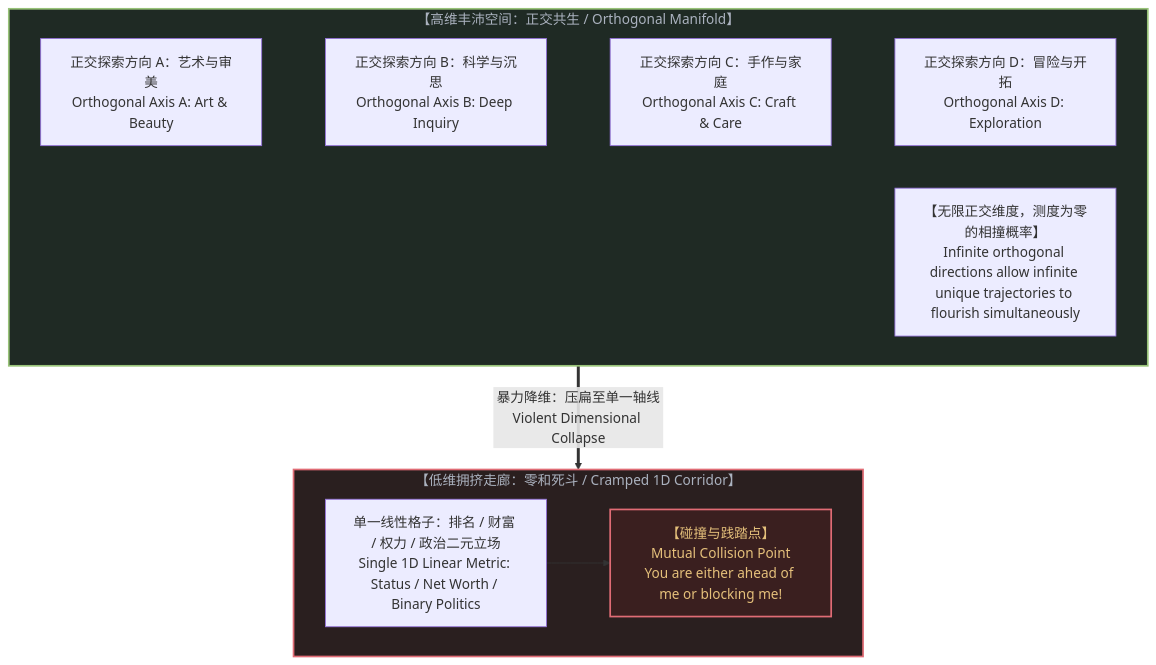
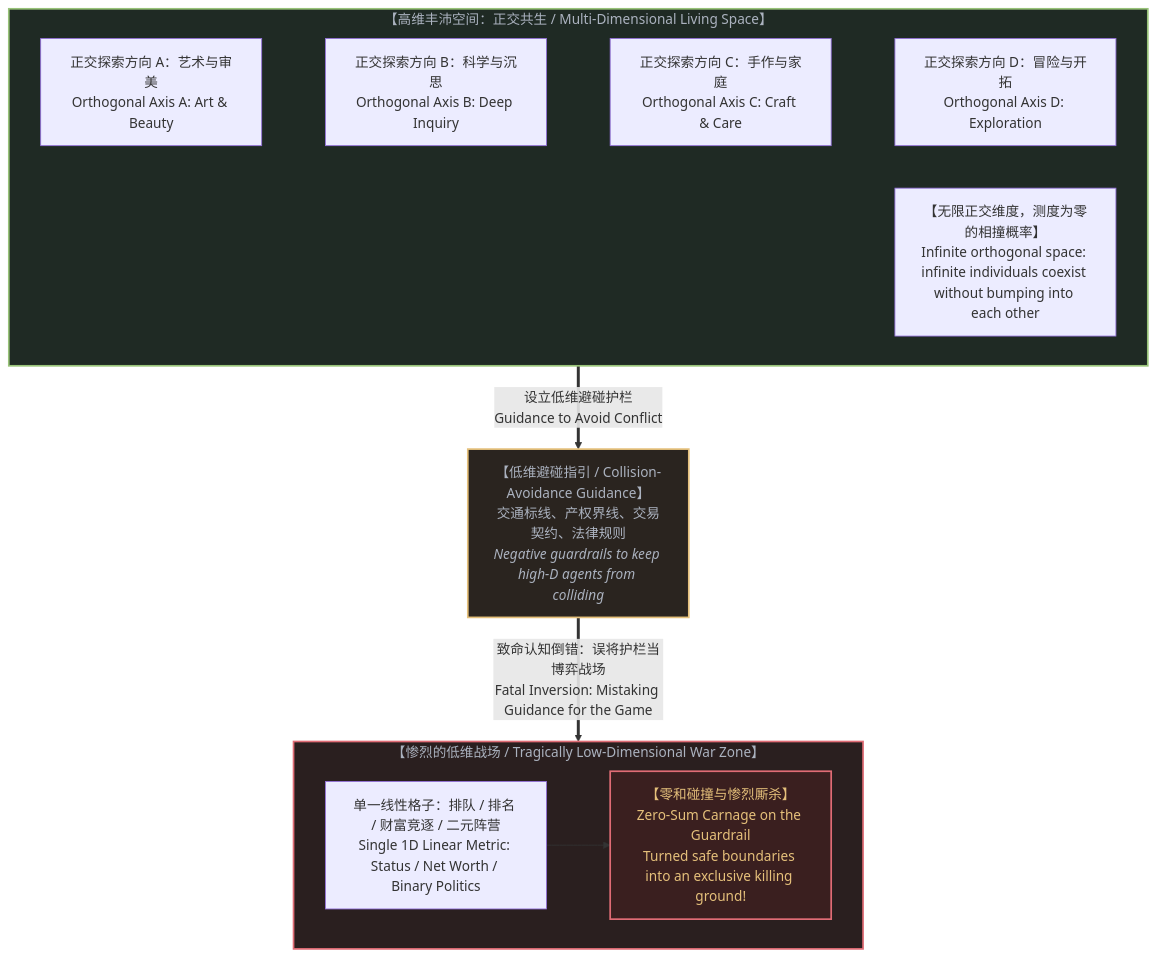
One commit to powerpig99/not-a-toe changed the third of 5 diagrams in content/posts/the-shadow-and-the-infinite.md. Above: the diagram before and after it, drawn with Mermaid. The commit also changed other lines of this file and 3 other files, not shown here.

Commit message:
Integrate collision-avoidance inversion and low-dimensional war zone insight into Post 302

````diff
--- a/content/posts/the-shadow-and-the-infinite.md
+++ b/content/posts/the-shadow-and-the-infinite.md
@@ -106,24 +106,27 @@
 ```mermaid
 graph TB
-    subgraph HighDManifold["【高维丰沛空间：正交共生 / Orthogonal Manifold】"]
+    subgraph HighDManifold["【高维丰沛空间：正交共生 / Multi-Dimensional Living Space】"]
         DirectionA["正交探索方向 A：艺术与审美<br>Orthogonal Axis A: Art & Beauty"]
         DirectionB["正交探索方向 B：科学与沉思<br>Orthogonal Axis B: Deep Inquiry"]
         DirectionC["正交探索方向 C：手作与家庭<br>Orthogonal Axis C: Craft & Care"]
         DirectionD["正交探索方向 D：冒险与开拓<br>Orthogonal Axis D: Exploration"]
 
         DirectionA ~~~ DirectionB ~~~ DirectionC ~~~ DirectionD
-        CoexistenceNotice["【无限正交维度，测度为零的相撞概率】<br>Infinite orthogonal directions allow infinite unique trajectories to flourish simultaneously"]
+        CoexistenceNotice["【无限正交维度，测度为零的相撞概率】<br>Infinite orthogonal space: infinite individuals coexist without bumping into each other"]
     end
 
-    HighDManifold ==>|"暴力降维：压扁至单一轴线<br>Violent Dimensional Collapse"| LowDCorridor
+    HighDManifold ==>|"设立低维避碰护栏<br>Guidance to Avoid Conflict"| LowDGuidance["【低维避碰指引 / Collision-Avoidance Guidance】<br>交通标线、产权界线、交易契约、法律规则<br><i>Negative guardrails to keep high-D agents from colliding</i>"]
 
-    subgraph LowDCorridor["【低维拥挤走廊：零和死斗 / Cramped 1D Corridor】"]
-        ScalarAxis["单一线性格子：排名 / 财富 / 权力 / 政治二元立场<br>Single 1D Linear Metric: Status / Net Worth / Binary Politics"]
-        ClashPoint["【碰撞与践踏点】<br>Mutual Collision Point<br>You are either ahead of me or blocking me!"]
+    LowDGuidance ==>|"致命认知倒错：误将护栏当博弈战场<br>Fatal Inversion: Mistaking Guidance for the Game"| LowDWarZone
+
+    subgraph LowDWarZone["【惨烈的低维战场 / Tragically Low-Dimensional War Zone】"]
+        ScalarAxis["单一线性格子：排队 / 排名 / 财富竞逐 / 二元阵营<br>Single 1D Linear Metric: Status / Net Worth / Binary Politics"]
+        ClashPoint["【零和碰撞与惨烈厮杀】<br>Zero-Sum Carnage on the Guardrail<br>Turned safe boundaries into an exclusive killing ground!"]
         ScalarAxis --> ClashPoint
     end
 
     style HighDManifold fill:#1f2a24,stroke:#98c379,stroke-width:2px,color:#abb2bf
-    style LowDCorridor fill:#2a1f1f,stroke:#e06c75,stroke-width:2px,color:#abb2bf
+    style LowDGuidance fill:#2a241f,stroke:#e5c07b,stroke-width:2px,color:#abb2bf
+    style LowDWarZone fill:#2a1f1f,stroke:#e06c75,stroke-width:2px,color:#abb2bf
     style ClashPoint fill:#3a1f1f,stroke:#e06c75,stroke-width:2px,color:#e5c07b
 ```
````
